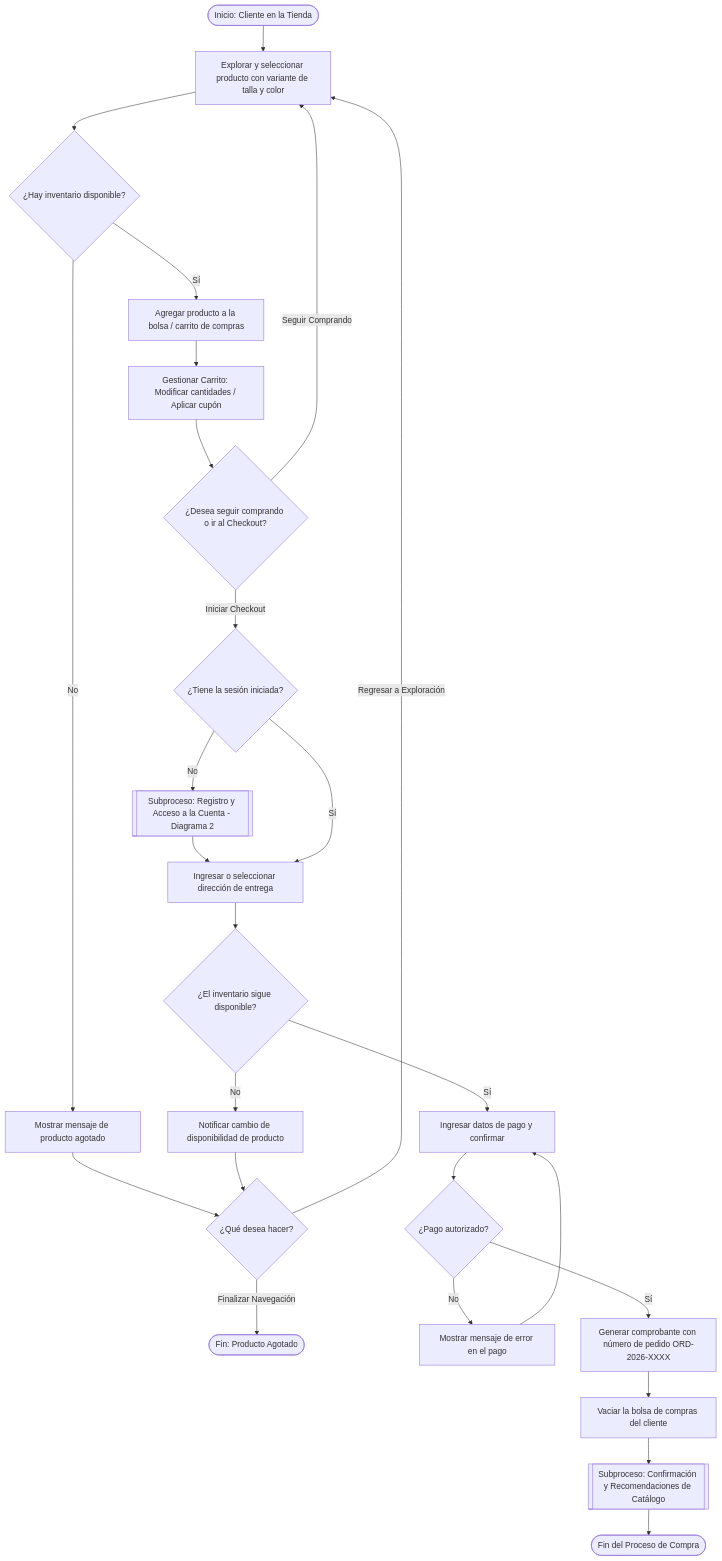
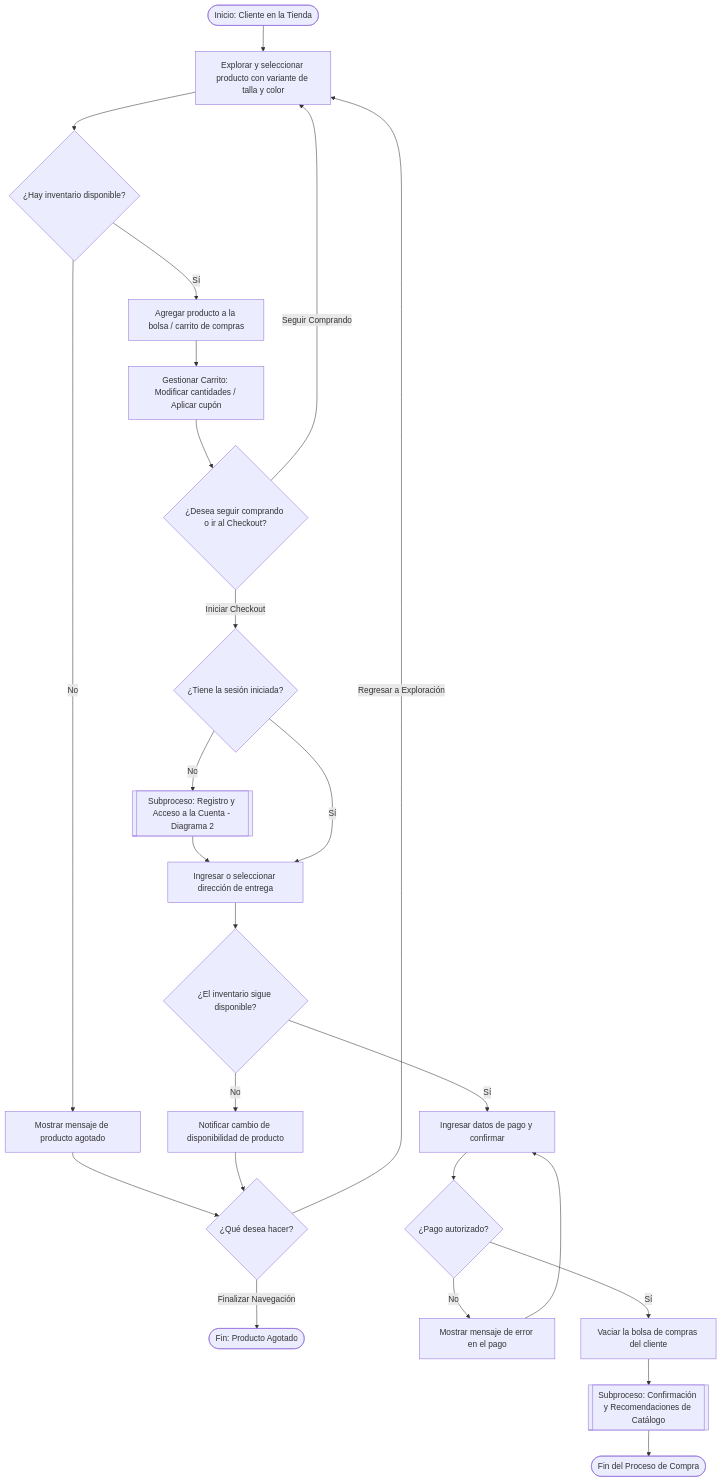
The first of 9 diagrams in Diagrama de Procesos/Diagramas de Procesos Preliminares.md (LeonidasGarcia/Multichannel-Marketplace), drawn with Mermaid before and after one commit.

Commit message:
fix: Correct flow in payment validation process by removing redundant order confirmation step

````diff
--- a/Diagrama de Procesos/Diagramas de Procesos Preliminares.md
+++ b/Diagrama de Procesos/Diagramas de Procesos Preliminares.md
@@ -5,38 +5,37 @@
 ```mermaid
 flowchart TD
     Inicio([Inicio: Cliente en la Tienda]) --> SeleccionarProducto[Explorar y seleccionar producto con variante de talla y color]
     SeleccionarProducto --> VerificarStock{¿Hay inventario disponible?}
 
     %% Flujo Sin Stock (Nuevo Rombo de Decisión)
     VerificarStock -- No --> MostrarAgotado[Mostrar mensaje de producto agotado]
     MostrarAgotado --> DecisionAgotado{¿Qué desea hacer?}
     DecisionAgotado -- Regresar a Exploración --> SeleccionarProducto
     DecisionAgotado -- Finalizar Navegación --> FinAgotado([Fin: Producto Agotado])
 
     %% Flujo Con Stock y Carrito Cíclico
     VerificarStock -- Sí --> AgregarBolsa[Agregar producto a la bolsa / carrito de compras]
     AgregarBolsa --> GestionarCarrito[Gestionar Carrito: Modificar cantidades / Aplicar cupón]
     GestionarCarrito --> DecisionCarrito{¿Desea seguir comprando o ir al Checkout?}
     
     DecisionCarrito -- Seguir Comprando --> SeleccionarProducto
     DecisionCarrito -- Iniciar Checkout --> ValidarSesion{¿Tiene la sesión iniciada?}
 
     %% Autenticación
     ValidarSesion -- No --> SubprocesoAcceso[[Subproceso: Registro y Acceso a la Cuenta - Diagrama 2]]
     SubprocesoAcceso --> PasoDireccion
     ValidarSesion -- Sí --> PasoDireccion[Ingresar o seleccionar dirección de entrega]
 
     %% Revalidación y Pago
     PasoDireccion --> RevalidarInventario{¿El inventario sigue disponible?}
     RevalidarInventario -- No --> AlertaSinStock[Notificar cambio de disponibilidad de producto] --> DecisionAgotado
 
     RevalidarInventario -- Sí --> IngresarPago[Ingresar datos de pago y confirmar]
     IngresarPago --> ValidarPago{¿Pago autorizado?}
 
     ValidarPago -- No --> ErrorPago[Mostrar mensaje de error en el pago] --> IngresarPago
 
-    ValidarPago -- Sí --> ConfirmarOrden[Generar comprobante con número de pedido ORD-2026-XXXX]
-    ConfirmarOrden --> VaciarBolsa[Vaciar la bolsa de compras del cliente]
+    ValidarPago -- Sí --> VaciarBolsa[Vaciar la bolsa de compras del cliente]
     VaciarBolsa --> SubprocesoConfirmacion[[Subproceso: Confirmación y Recomendaciones de Catálogo]]
     SubprocesoConfirmacion --> FinCompra([Fin del Proceso de Compra])
 ```
````
